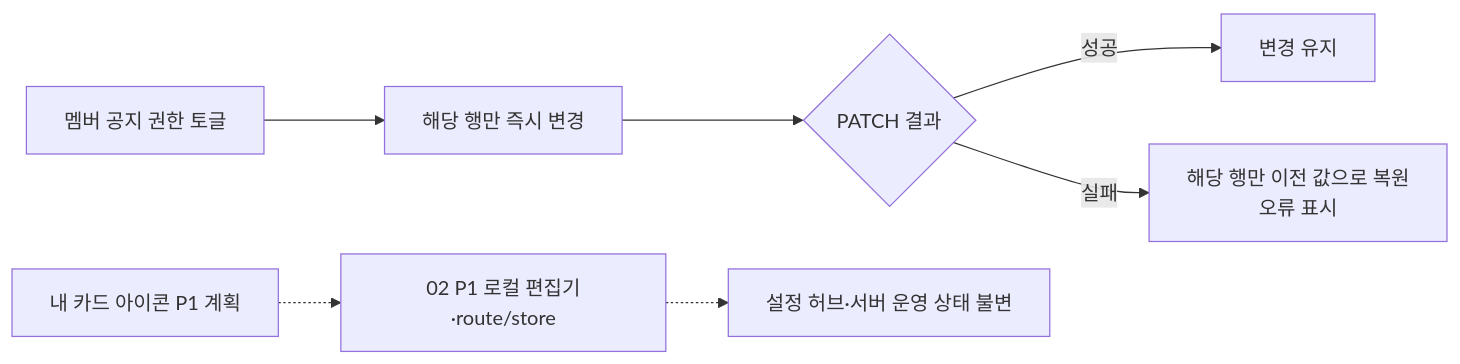
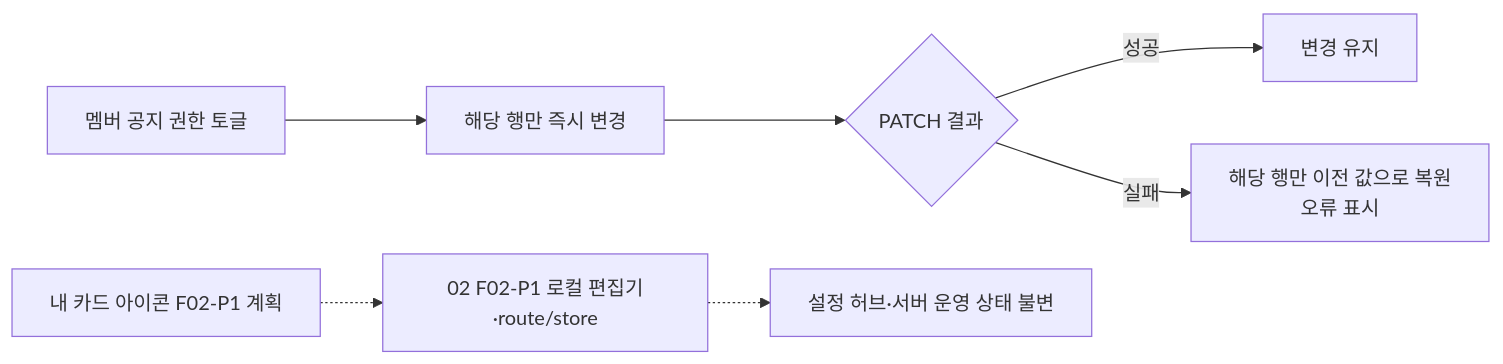
The fourth of 4 diagrams in docs/prd/group/features/04-operation/low-level-design.md (OneOrThree/phone), drawn with Mermaid before and after one commit. The commit also changed other lines of this file and 21 other files, not shown here.

````diff
--- a/docs/prd/group/features/04-operation/low-level-design.md
+++ b/docs/prd/group/features/04-operation/low-level-design.md
@@ -70,10 +71,10 @@
 ```mermaid
 flowchart LR
     Grant["멤버 공지 권한 토글"] --> Optimistic["해당 행만 즉시 변경"]
     Optimistic --> Patch{"PATCH 결과"}
     Patch -->|성공| Done["변경 유지"]
     Patch -->|실패| Rollback["해당 행만 이전 값으로 복원\n오류 표시"]
 
-    Emoji["내 카드 아이콘 P1 계획"] -.-> Editor["02 P1 로컬 편집기·route/store"]
+    Emoji["내 카드 아이콘 F02-P1 계획"] -.-> Editor["02 F02-P1 로컬 편집기·route/store"]
     Editor -.-> Return["설정 허브·서버 운영 상태 불변"]
 ```
````
